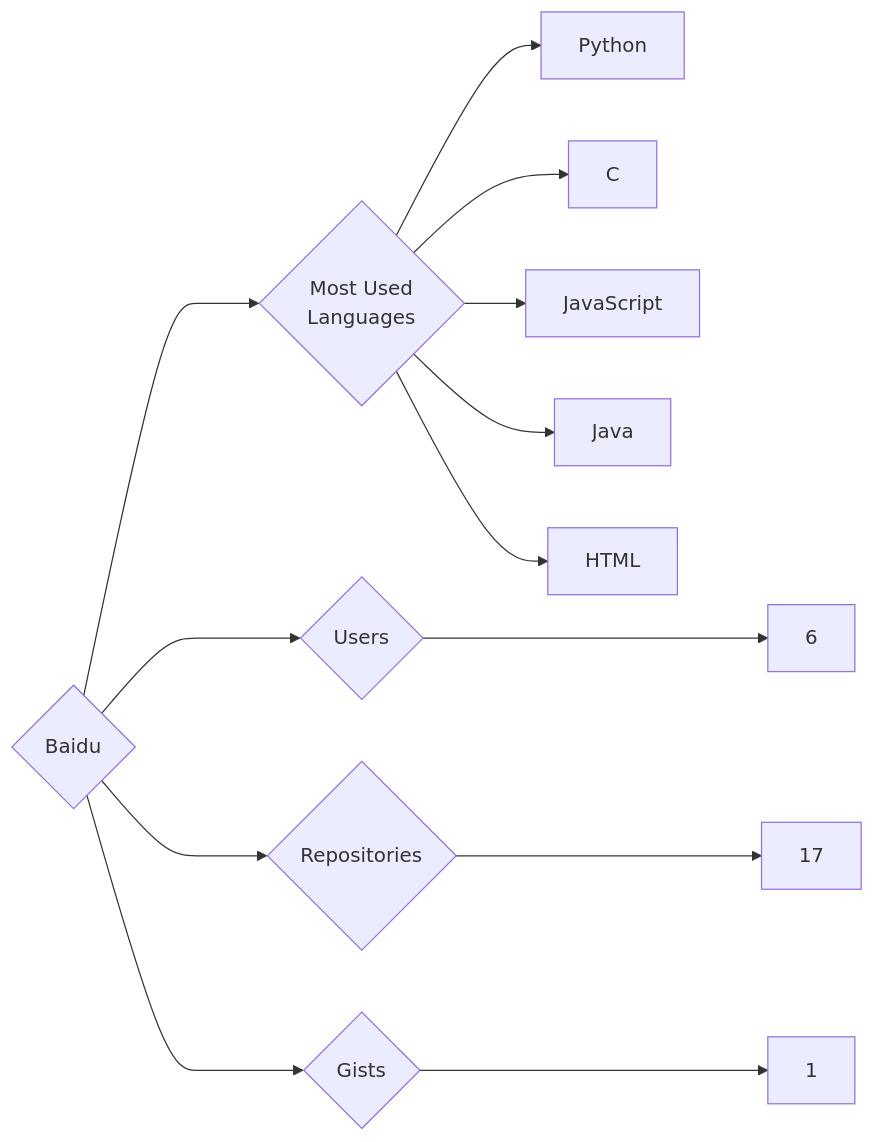
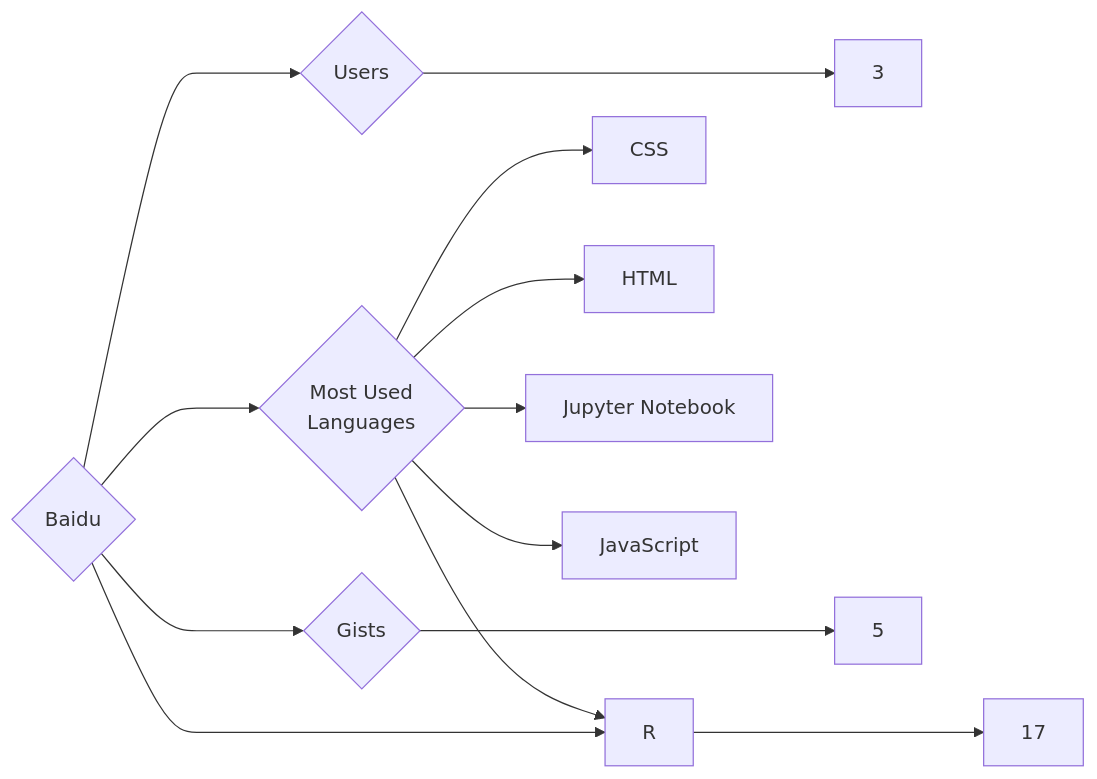
The diagram in targets/Baidu/README.md (trickest/insiders), drawn with Mermaid before and after one commit. The commit also changed 942 other files, not shown here.

````diff
--- a/targets/Baidu/README.md
+++ b/targets/Baidu/README.md
@@ -3,13 +3,13 @@
 ```mermaid
 graph LR
 COMPANY_NAME{Baidu}
-COMPANY_NAME ---> U{Users} ---> UN[6]
+COMPANY_NAME ---> U{Users} ---> UN[3]
 COMPANY_NAME ---> R{Repositories} ---> RN[17]
-COMPANY_NAME ---> G{Gists} ---> GN[1]
+COMPANY_NAME ---> G{Gists} ---> GN[5]
 COMPANY_NAME ---> ML{Most Used<br>Languages}
-ML --> Python[Python]
-ML --> C[C]
+ML --> CSS[CSS]
+ML --> HTML[HTML]
+ML --> R[R]
+ML --> Jupyter_Notebook[Jupyter Notebook]
 ML --> JavaScript[JavaScript]
-ML --> Java[Java]
-ML --> HTML[HTML]
 ```
````
